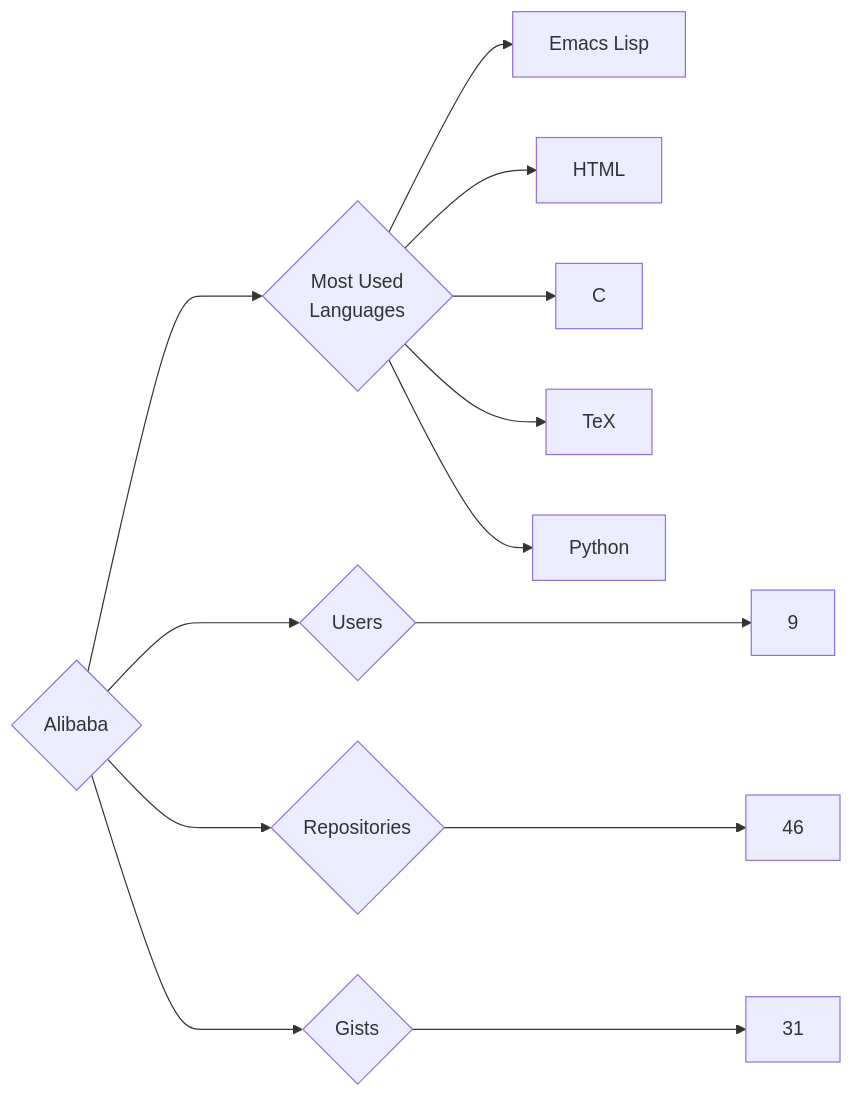
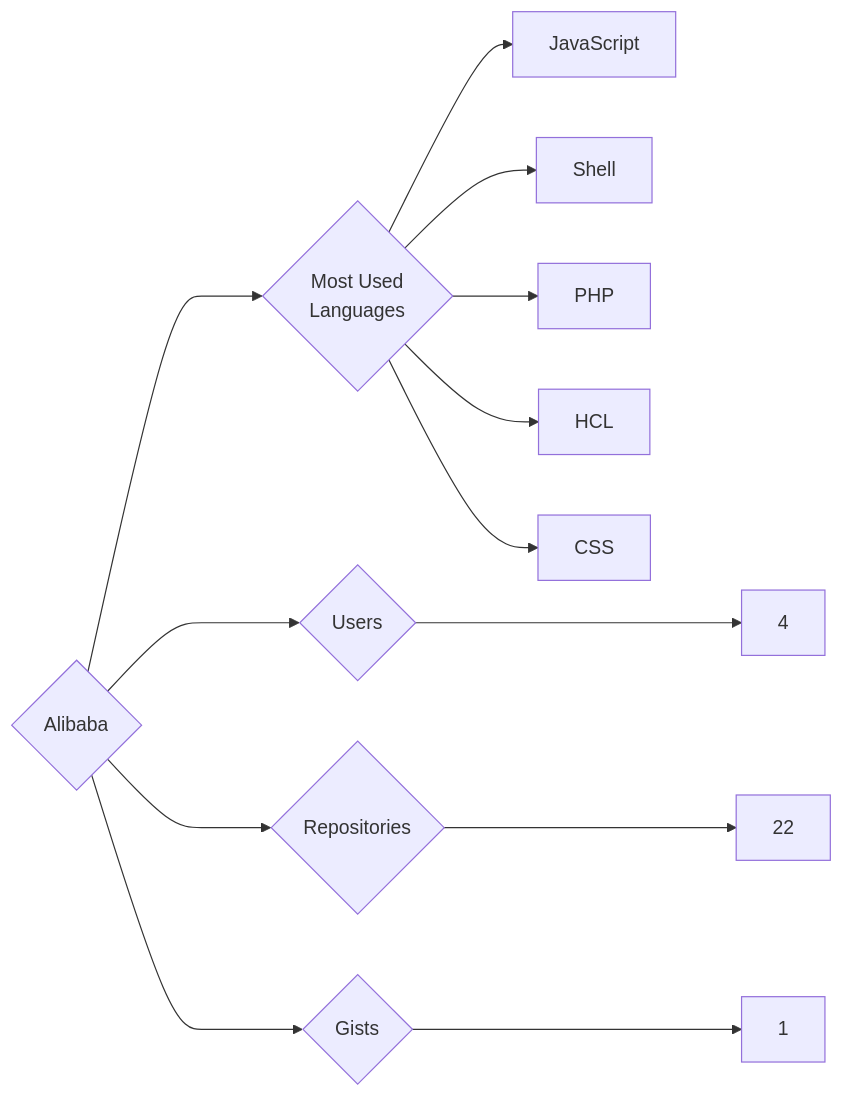
One commit to trickest/insiders changed the diagram in targets/Alibaba/README.md. Above: the diagram before and after it, drawn with Mermaid. The commit also changed 559 other files, not shown here.

````diff
--- a/targets/Alibaba/README.md
+++ b/targets/Alibaba/README.md
@@ -3,13 +3,13 @@
 ```mermaid
 graph LR
 COMPANY_NAME{Alibaba}
-COMPANY_NAME ---> U{Users} ---> UN[9]
-COMPANY_NAME ---> R{Repositories} ---> RN[46]
-COMPANY_NAME ---> G{Gists} ---> GN[31]
+COMPANY_NAME ---> U{Users} ---> UN[4]
+COMPANY_NAME ---> R{Repositories} ---> RN[22]
+COMPANY_NAME ---> G{Gists} ---> GN[1]
 COMPANY_NAME ---> ML{Most Used<br>Languages}
-ML --> Emacs_Lisp[Emacs Lisp]
-ML --> HTML[HTML]
-ML --> C[C]
-ML --> TeX[TeX]
-ML --> Python[Python]
+ML --> JavaScript[JavaScript]
+ML --> Shell[Shell]
+ML --> PHP[PHP]
+ML --> HCL[HCL]
+ML --> CSS[CSS]
 ```
````
